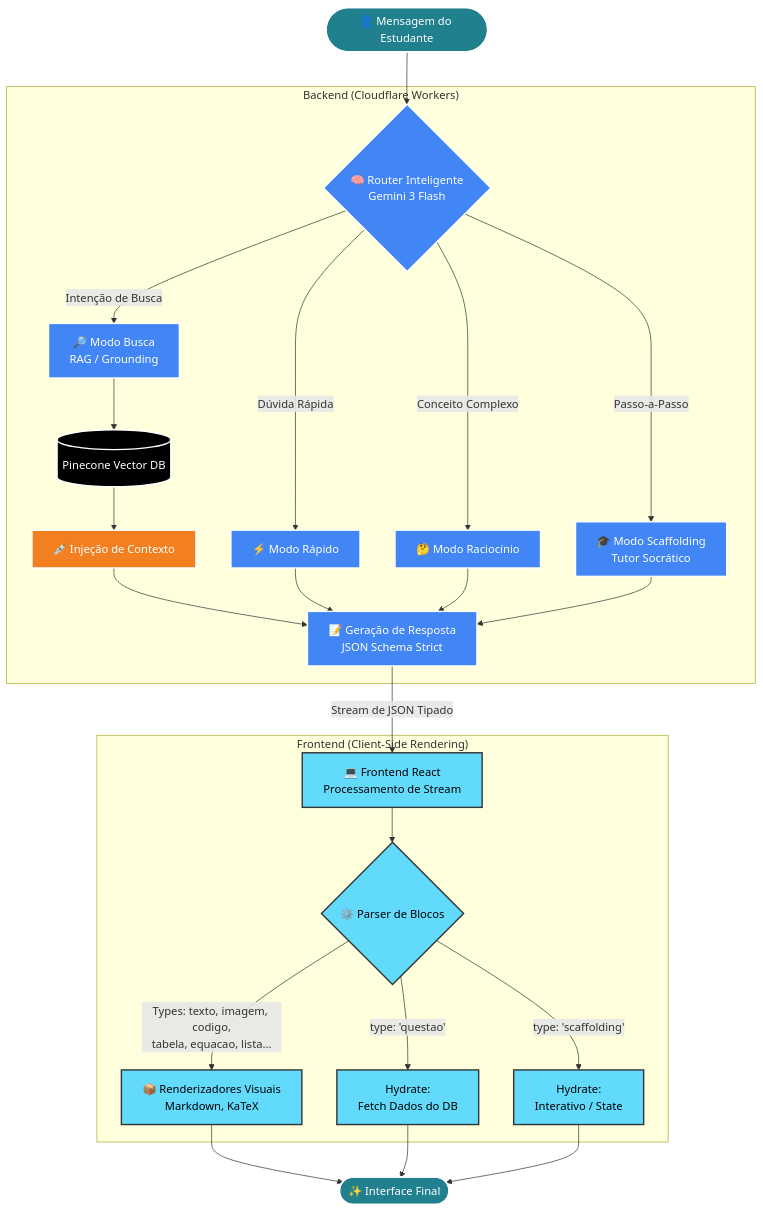
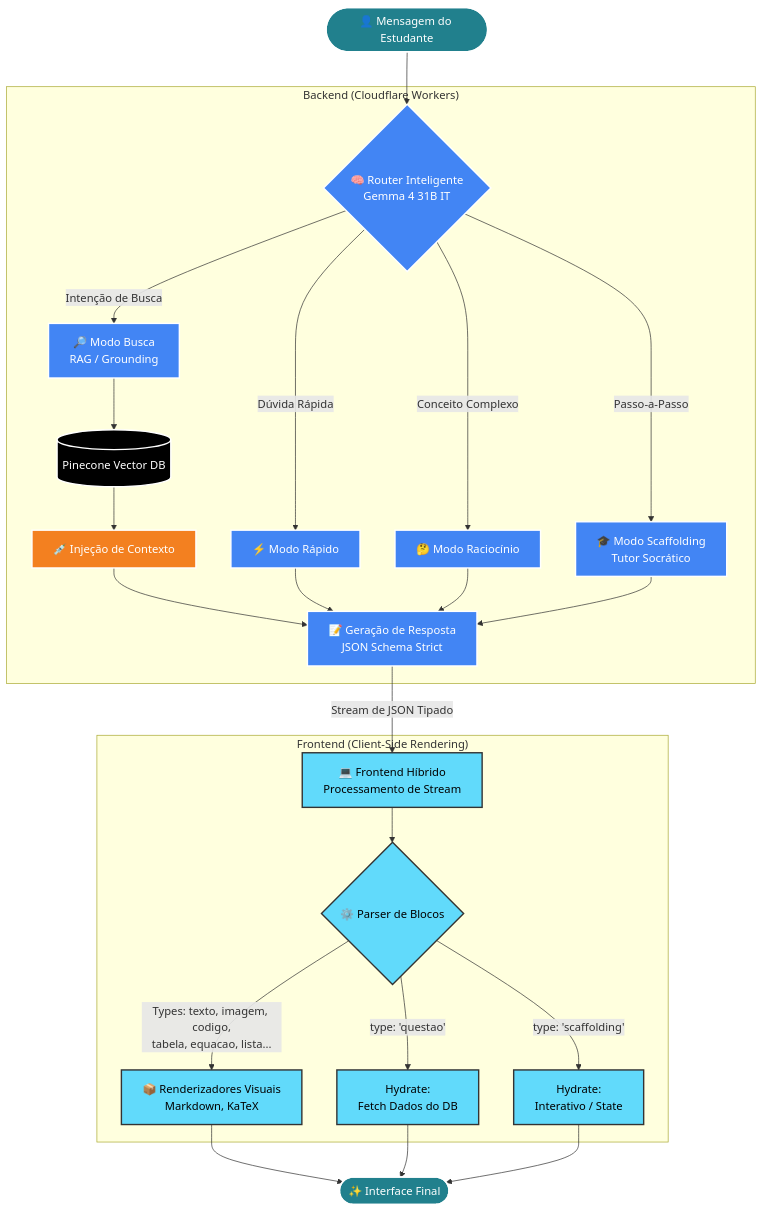
The first of 3 diagrams in README.md (TouchRefletz/maia.edu), drawn with Mermaid before and after one commit. The commit also changed other lines of this file and 9 other files, not shown here.

````diff
--- a/README.md
+++ b/README.md
@@ -49,38 +49,38 @@
 ```mermaid
 graph TD
     %% Estilo dos nós
     classDef user fill:#21808D,stroke:#fff,stroke-width:2px,color:#fff;
     classDef ai fill:#4285F4,stroke:#fff,stroke-width:2px,color:#fff;
     classDef worker fill:#F38020,stroke:#fff,stroke-width:2px,color:#fff;
     classDef db fill:#000,stroke:#fff,stroke-width:2px,color:#fff;
     classDef front fill:#61DAFB,stroke:#333,stroke-width:2px,color:#000;
 
-    UserInput([👤 Mensagem do Estudante]):::user --> Router{🧠 Router Inteligente<br>Gemini 3 Flash}:::ai
+    UserInput([👤 Mensagem do Estudante]):::user --> Router{🧠 Router Inteligente<br>Gemma 4 31B IT}:::ai
 
     subgraph "Backend (Cloudflare Workers)"
         Router -- "Dúvida Rápida" --> ModeFast[⚡ Modo Rápido]:::ai
         Router -- "Conceito Complexo" --> ModeReasoning[🤔 Modo Raciocínio]:::ai
         Router -- "Passo-a-Passo" --> ModeScaffolding[🎓 Modo Scaffolding<br>Tutor Socrático]:::ai
         Router -- "Intenção de Busca" --> ModeSearch[🔎 Modo Busca<br>RAG / Grounding]:::ai
 
         ModeSearch --> Pinecone[(Pinecone Vector DB)]:::db
         Pinecone --> ContextInjection[💉 Injeção de Contexto]:::worker
         ContextInjection --> Generator[📝 Geração de Resposta<br>JSON Schema Strict]:::ai
         ModeFast & ModeReasoning & ModeScaffolding --> Generator
     end
 
-    Generator -- "Stream de JSON Tipado" --> Frontend[💻 Frontend React<br>Processamento de Stream]:::front
+    Generator -- "Stream de JSON Tipado" --> Frontend[💻 Frontend Híbrido<br>Processamento de Stream]:::front
 
     subgraph "Frontend (Client-Side Rendering)"
         Frontend --> Parser{⚙️ Parser de Blocos}:::front
 
         %% Generalização dos blocos de conteúdo visual
         Parser -- "Types: texto, imagem, codigo,<br>tabela, equacao, lista..." --> ComponentRich[📦 Renderizadores Visuais<br>Markdown, KaTeX]:::front
 
         %% Blocos de Lógica de Negócio (Complexos)
         Parser -- "type: 'questao'" --> ComponentQuestion[Hydrate: <QuestaoCard /><br>Fetch Dados do DB]:::front
         Parser -- "type: 'scaffolding'" --> ComponentScaffolding[Hydrate: <ScaffoldUI /><br>Interativo / State]:::front
     end
 
     ComponentRich & ComponentQuestion & ComponentScaffolding --> Output([✨ Interface Final]):::user
 ```
````
